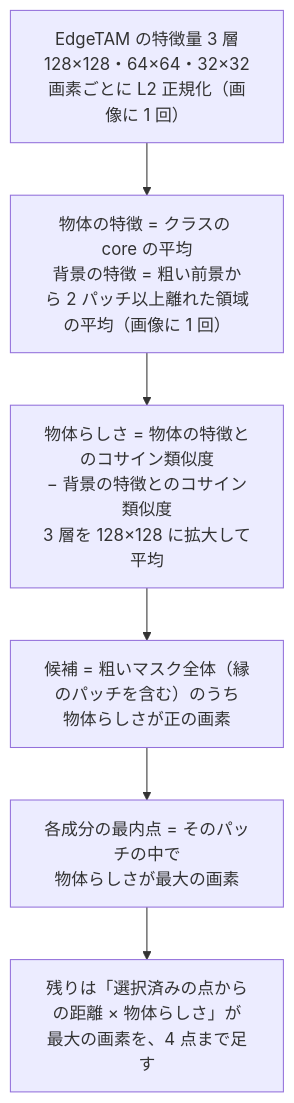
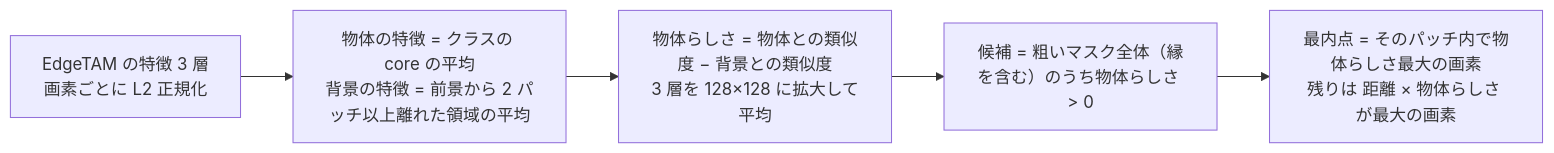
The fourth of 8 diagrams in docs/detailed_segmentation.md (fklg-64/pe_anything_detect), drawn with Mermaid before and after one commit. The commit also changed other lines of this file and 85 other files, not shown here.

````diff
--- a/docs/detailed_segmentation.md
+++ b/docs/detailed_segmentation.md
@@ -149,8 +95,7 @@
 ```mermaid
-flowchart TD
-    A["EdgeTAM の特徴量 3 層<br/>128×128・64×64・32×32<br/>画素ごとに L2 正規化（画像に 1 回）"] --> B["物体の特徴 = クラスの core の平均<br/>背景の特徴 = 粗い前景から 2 パッチ以上離れた領域の平均（画像に 1 回）"]
-    B --> C["物体らしさ = 物体の特徴とのコサイン類似度<br/>− 背景の特徴とのコサイン類似度<br/>3 層を 128×128 に拡大して平均"]
-    C --> D["候補 = 粗いマスク全体（縁のパッチを含む）のうち<br/>物体らしさが正の画素"]
-    D --> E["各成分の最内点 = そのパッチの中で<br/>物体らしさが最大の画素"]
-    E --> F["残りは「選択済みの点からの距離 × 物体らしさ」が<br/>最大の画素を、4 点まで足す"]
+flowchart LR
+    A["EdgeTAM の特徴 3 層<br/>画素ごとに L2 正規化"] --> B["物体の特徴 = クラスの core の平均<br/>背景の特徴 = 前景から 2 パッチ以上離れた領域の平均"]
+    B --> C["物体らしさ = 物体との類似度 − 背景との類似度<br/>3 層を 128×128 に拡大して平均"]
+    C --> D["候補 = 粗いマスク全体（縁を含む）のうち物体らしさ > 0"]
+    D --> E["最内点 = そのパッチ内で物体らしさ最大の画素<br/>残りは 距離 × 物体らしさ が最大の画素"]
 ```
````
